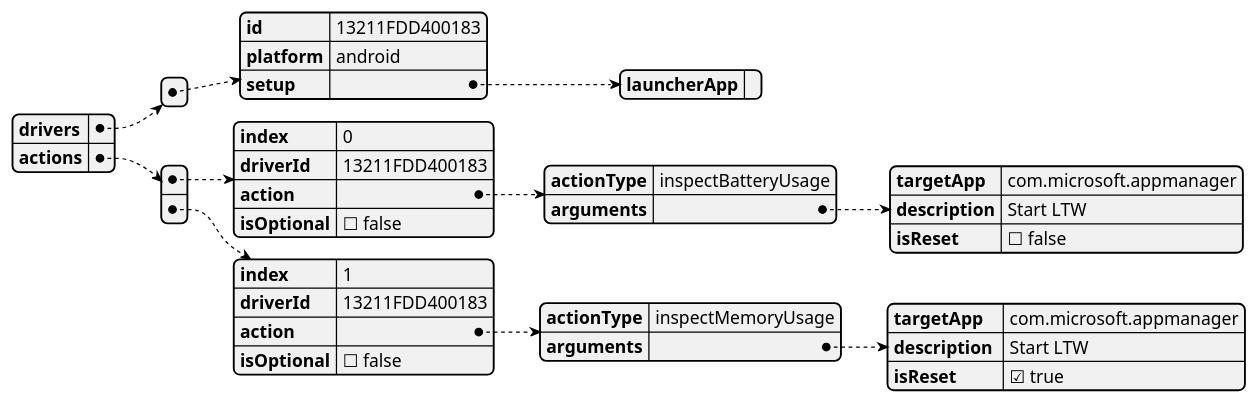
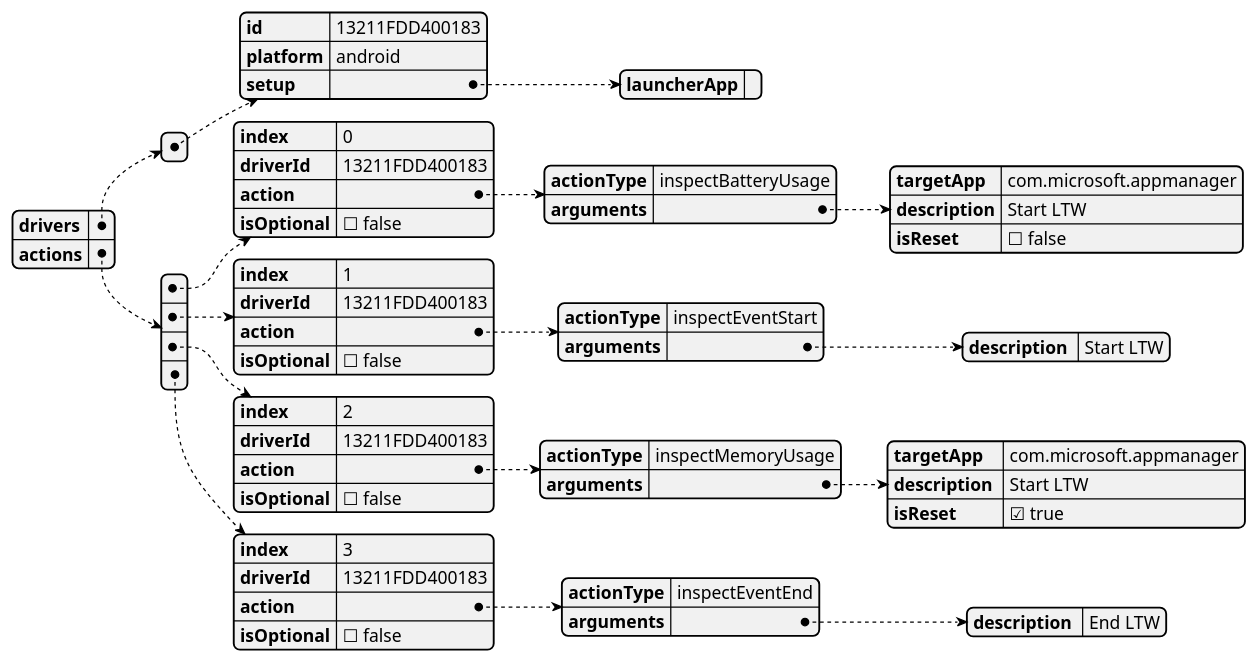
The second of 5 diagrams in agent/doc/UML/performance_test_design.puml (microsoft/HydraLab), drawn with PlantUML before and after one commit. The commit also changed other lines of this file and 11 other files, not shown here.

```diff
--- a/agent/doc/UML/performance_test_design.puml
+++ b/agent/doc/UML/performance_test_design.puml
@@ -19,44 +19,66 @@
 @startjson taps_to_cases_json_with_performance_test_actions
 {
   "drivers": [
     {
       "id": "13211FDD400183",
       "platform": "android",
 '      Deprecated Name : init
       "setup": {
         "launcherApp": ""
       }
 '      Can also add tearDown here to match the device action design
     }
   ],
 '  deprecated name: cases
   "actions": [
     {
       "index": 0,
       "driverId": "13211FDD400183",
       "action": {
         "actionType": "inspectBatteryUsage",
         "arguments": {
           "targetApp": "com.microsoft.appmanager",
           "description": "Start LTW",
           "isReset": false
         }
       },
       "isOptional": false
     },
     {
       "index": 1,
       "driverId": "13211FDD400183",
       "action": {
+        "actionType": "inspectEventStart",
+        "arguments": {
+          "description ": "Start LTW"
+        }
+      },
+      "isOptional": false
+    },
+    {
+      "index": 2,
+      "driverId": "13211FDD400183",
+      "action": {
         "actionType": "inspectMemoryUsage",
         "arguments": {
           "targetApp ": "com.microsoft.appmanager",
           "description ": "Start LTW",
           "isReset": true
         }
       },
       "isOptional": false
+    },
+    {
+      "index": 3,
+      "driverId": "13211FDD400183",
+      "action": {
+        "actionType": "inspectEventEnd",
+        "arguments": {
+          "description ": "End LTW"
+        }
+      },
+      "isOptional": false
     }
   ]
 }
 @endjson
```
